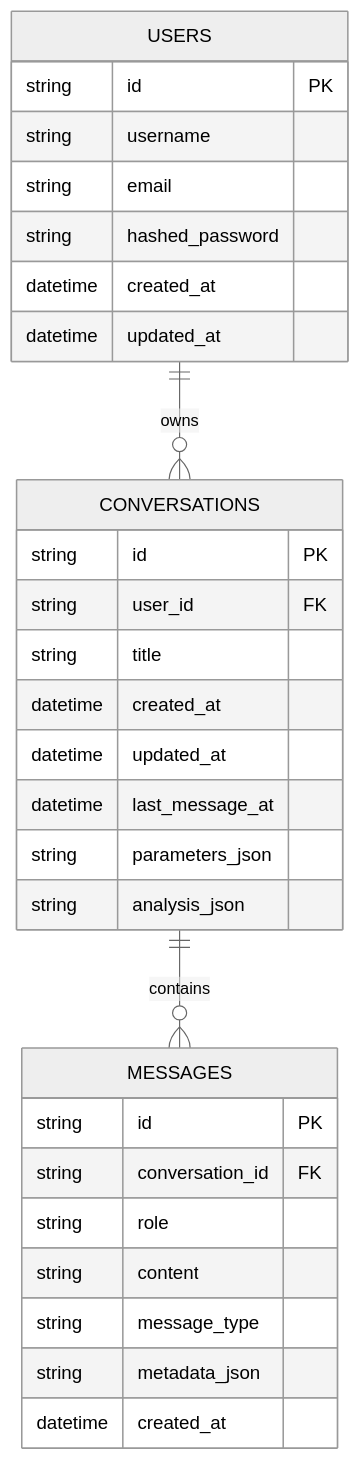
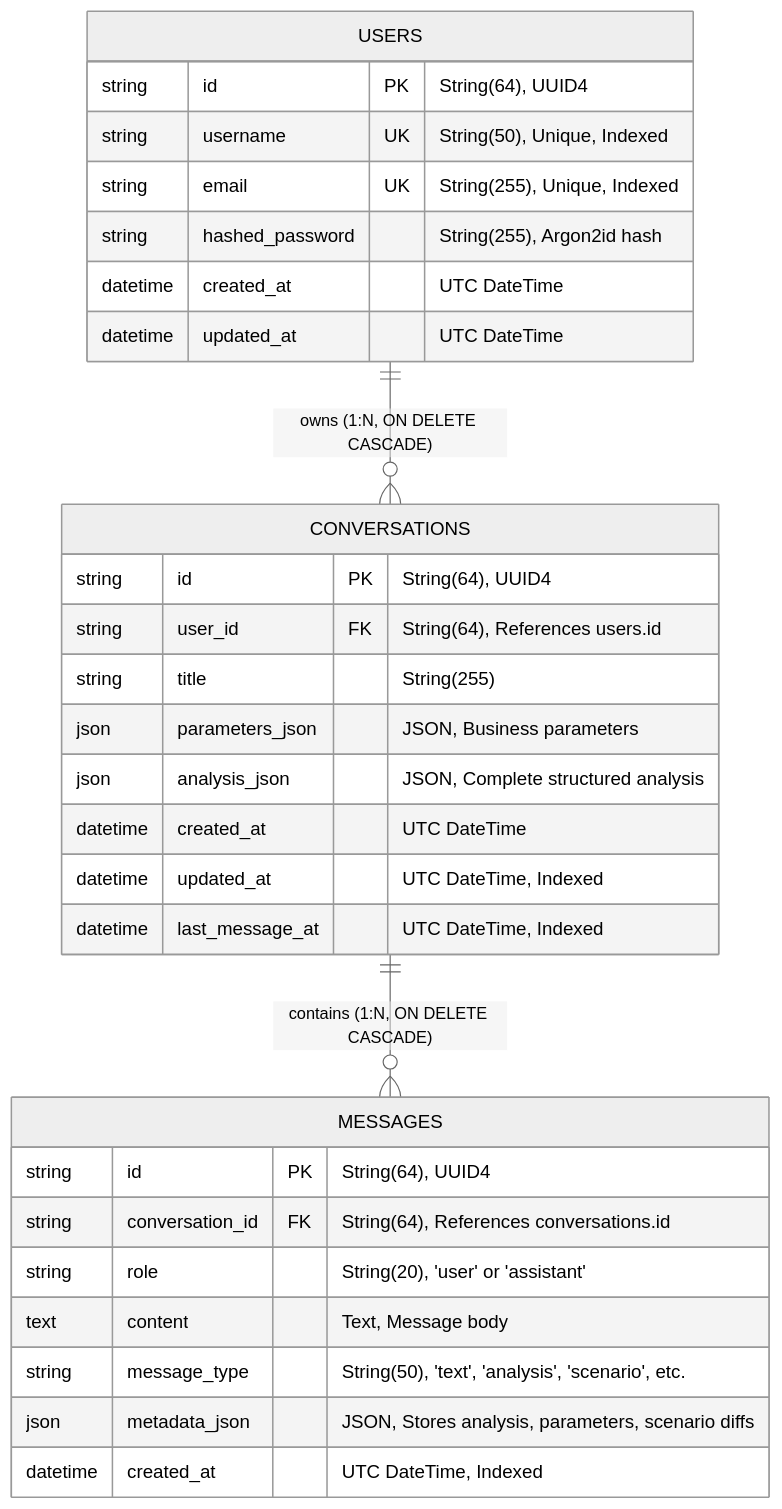
Before and after one commit to Tanay-chaturvedi/Business_Analysis_Agent: the third of 3 diagrams in README.md, drawn with Mermaid (neutral theme). The commit also changed other lines of this file, not shown here.

Commit message:
docs: update BizAdvisor architecture, API reference, and setup guide

````diff
--- a/README.md
+++ b/README.md
@@ -573,35 +168,35 @@
 ```mermaid
 erDiagram
-    USERS ||--o{ CONVERSATIONS : owns
-    CONVERSATIONS ||--o{ MESSAGES : contains
+    USERS ||--o{ CONVERSATIONS : "owns (1:N, ON DELETE CASCADE)"
+    CONVERSATIONS ||--o{ MESSAGES : "contains (1:N, ON DELETE CASCADE)"
 
     USERS {
-        string id PK
-        string username
-        string email
-        string hashed_password
-        datetime created_at
-        datetime updated_at
+        string id PK "String(64), UUID4"
+        string username UK "String(50), Unique, Indexed"
+        string email UK "String(255), Unique, Indexed"
+        string hashed_password "String(255), Argon2id hash"
+        datetime created_at "UTC DateTime"
+        datetime updated_at "UTC DateTime"
     }
 
     CONVERSATIONS {
-        string id PK
-        string user_id FK
-        string title
-        datetime created_at
-        datetime updated_at
-        datetime last_message_at
-        string parameters_json
-        string analysis_json
+        string id PK "String(64), UUID4"
+        string user_id FK "String(64), References users.id"
+        string title "String(255)"
+        json parameters_json "JSON, Business parameters"
+        json analysis_json "JSON, Complete structured analysis"
+        datetime created_at "UTC DateTime"
+        datetime updated_at "UTC DateTime, Indexed"
+        datetime last_message_at "UTC DateTime, Indexed"
     }
 
     MESSAGES {
-        string id PK
-        string conversation_id FK
-        string role
-        string content
-        string message_type
-        string metadata_json
-        datetime created_at
+        string id PK "String(64), UUID4"
+        string conversation_id FK "String(64), References conversations.id"
+        string role "String(20), 'user' or 'assistant'"
+        text content "Text, Message body"
+        string message_type "String(50), 'text', 'analysis', 'scenario', etc."
+        json metadata_json "JSON, Stores analysis, parameters, scenario diffs"
+        datetime created_at "UTC DateTime, Indexed"
     }
 ```
````
